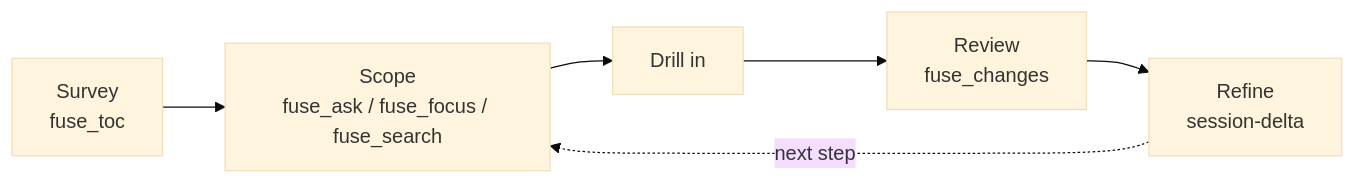
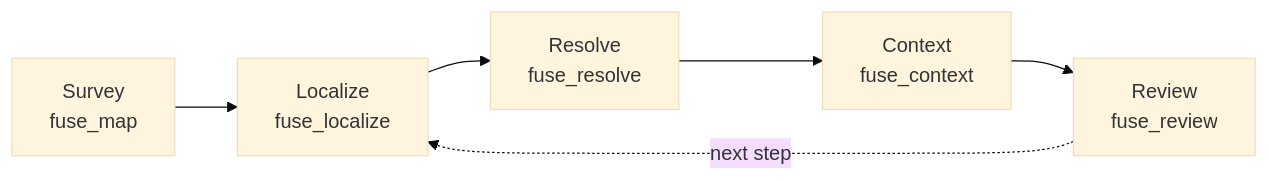
Before and after one commit to Litenova-Solutions/Fuse: the diagram in site/content/docs/concepts/the-explore-phase.mdx, drawn with Mermaid (base theme). The commit also changed other lines of this file and 31 other files, not shown here.

````diff
--- a/site/content/docs/concepts/the-explore-phase.mdx
+++ b/site/content/docs/concepts/the-explore-phase.mdx
@@ -58,8 +57,8 @@
 ```mermaid
 flowchart LR
-    A[Survey<br/>fuse_toc] --> B[Scope<br/>fuse_ask / fuse_focus / fuse_search]
-    B --> C[Drill in]
-    C --> D[Review<br/>fuse_changes]
-    D --> E[Refine<br/>session-delta]
+    A[Survey<br/>fuse_map] --> B[Localize<br/>fuse_localize]
+    B --> C[Resolve<br/>fuse_resolve]
+    C --> D[Context<br/>fuse_context]
+    D --> E[Review<br/>fuse_review]
     E -.next step.-> B
 ```
````
